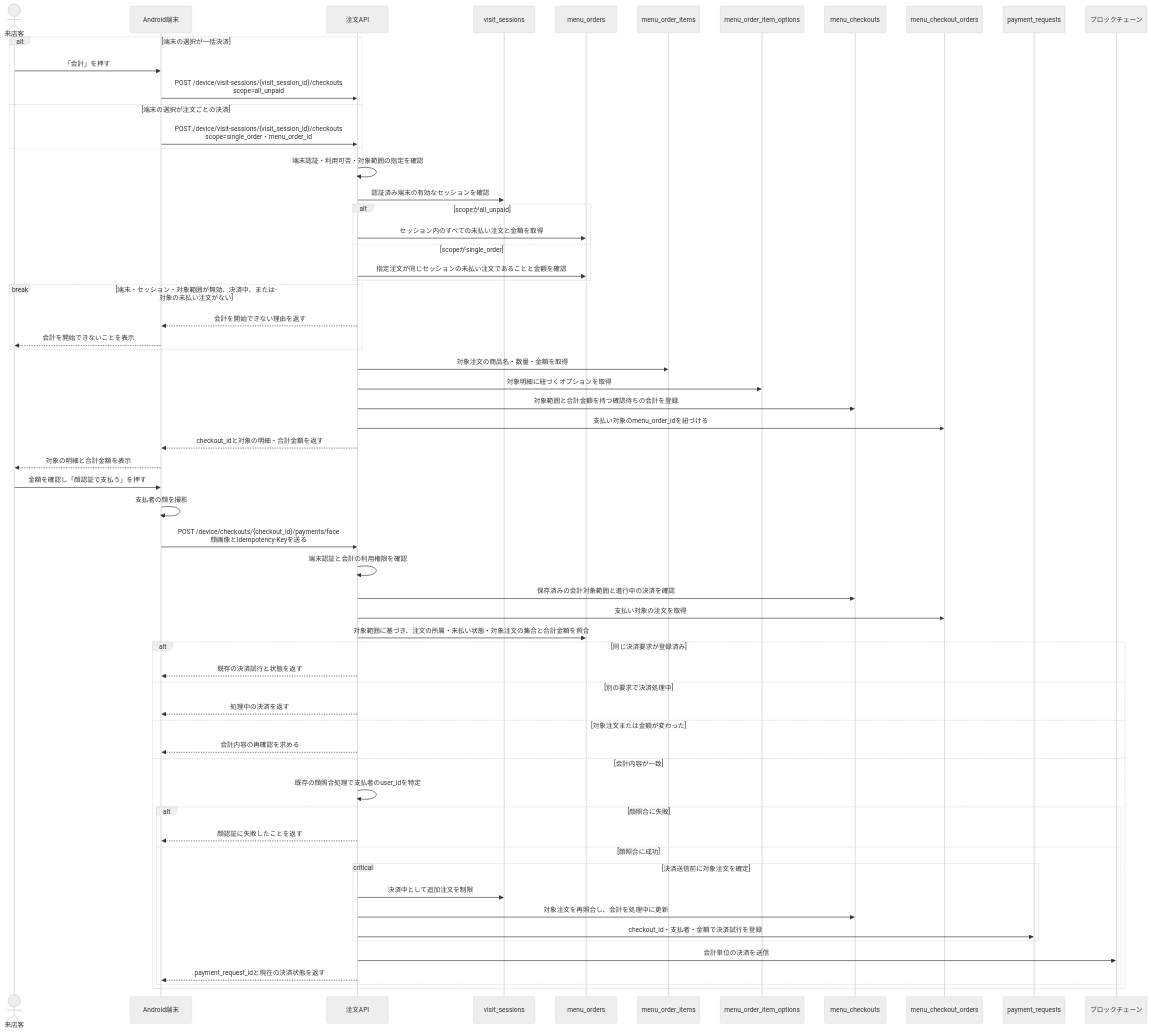
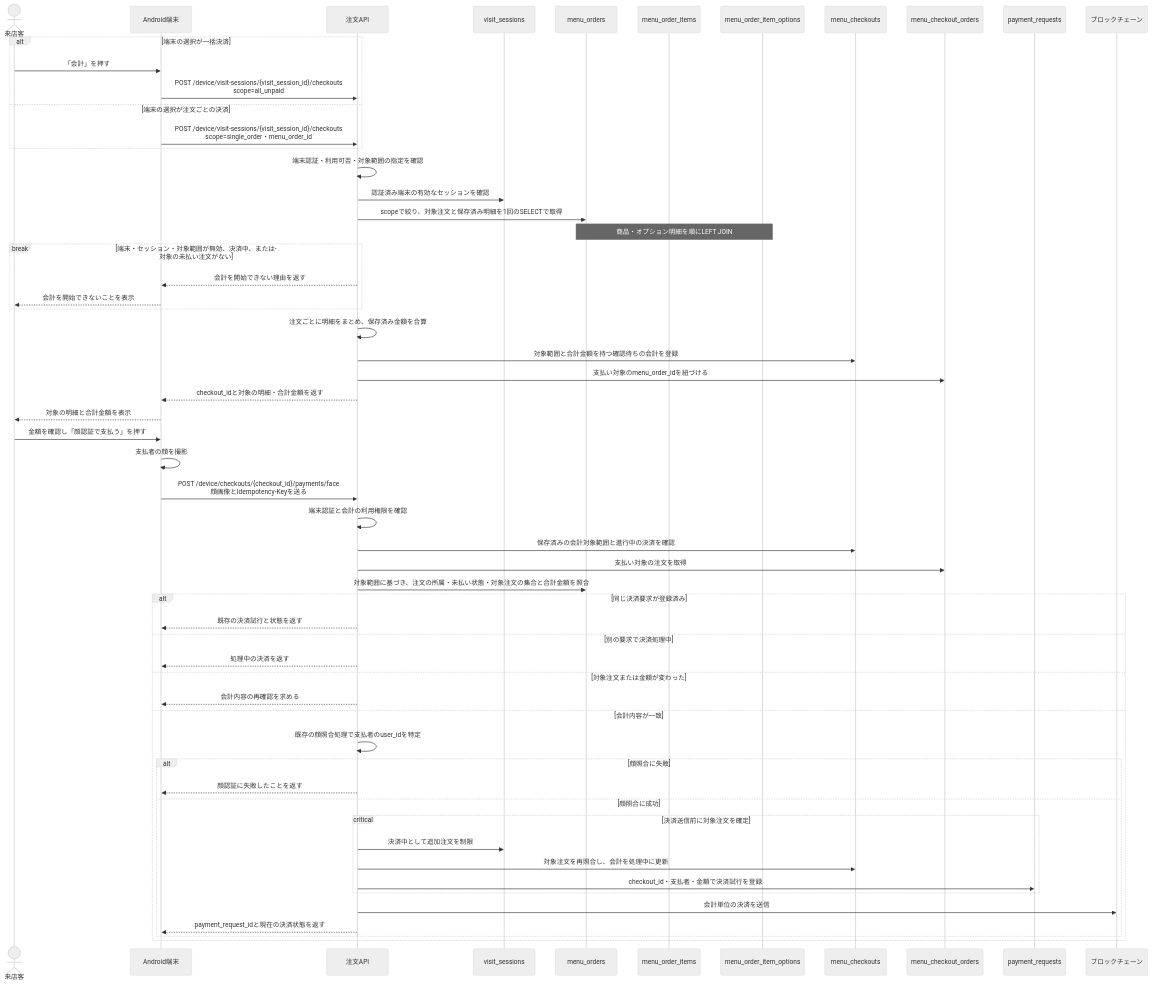
Before and after one commit to terao06/teraid-pay-api: the sixth of 9 diagrams in docs/メニューオーダーフロー.md, drawn with Mermaid (neutral theme). The commit also changed other lines of this file and 33 other files, not shown here.

````diff
--- a/docs/メニューオーダーフロー.md
+++ b/docs/メニューオーダーフロー.md
@@ -294,66 +294,62 @@
 ```mermaid
 sequenceDiagram
     actor Guest as 来店客
     participant Device as Android端末
     participant API as 注文API
     participant Visits as visit_sessions
     participant Orders as menu_orders
     participant OrderItems as menu_order_items
     participant OrderOptions as menu_order_item_options
     participant Checkouts as menu_checkouts
     participant CheckoutOrders as menu_checkout_orders
     participant Payments as payment_requests
     participant Chain as ブロックチェーン
 
     alt 端末の選択が一括決済
         Guest->>Device: 「会計」を押す
         Device->>API: POST /device/visit-sessions/{visit_session_id}/checkouts<br/>scope=all_unpaid
     else 端末の選択が注文ごとの決済
         Device->>API: POST /device/visit-sessions/{visit_session_id}/checkouts<br/>scope=single_order・menu_order_id
     end
     API->>API: 端末認証・利用可否・対象範囲の指定を確認
     API->>Visits: 認証済み端末の有効なセッションを確認
-    alt scopeがall_unpaid
-        API->>Orders: セッション内のすべての未払い注文と金額を取得
-    else scopeがsingle_order
-        API->>Orders: 指定注文が同じセッションの未払い注文であることと金額を確認
-    end
+    API->>Orders: scopeで絞り、対象注文と保存済み明細を1回のSELECTで取得
+    Note over Orders,OrderOptions: 商品・オプション明細を順にLEFT JOIN
     break 端末・セッション・対象範囲が無効、決済中、または対象の未払い注文がない
         API-->>Device: 会計を開始できない理由を返す
         Device-->>Guest: 会計を開始できないことを表示
     end
-    API->>OrderItems: 対象注文の商品名・数量・金額を取得
-    API->>OrderOptions: 対象明細に紐づくオプションを取得
+    API->>API: 注文ごとに明細をまとめ、保存済み金額を合算
     API->>Checkouts: 対象範囲と合計金額を持つ確認待ちの会計を登録
     API->>CheckoutOrders: 支払い対象のmenu_order_idを紐づける
     API-->>Device: checkout_idと対象の明細・合計金額を返す
     Device-->>Guest: 対象の明細と合計金額を表示
 
     Guest->>Device: 金額を確認し「顔認証で支払う」を押す
     Device->>Device: 支払者の顔を撮影
     Device->>API: POST /device/checkouts/{checkout_id}/payments/face<br/>顔画像とIdempotency-Keyを送る
     API->>API: 端末認証と会計の利用権限を確認
     API->>Checkouts: 保存済みの会計対象範囲と進行中の決済を確認
     API->>CheckoutOrders: 支払い対象の注文を取得
     API->>Orders: 対象範囲に基づき、注文の所属・未払い状態・対象注文の集合と合計金額を照合
     alt 同じ決済要求が登録済み
         API-->>Device: 既存の決済試行と状態を返す
     else 別の要求で決済処理中
         API-->>Device: 処理中の決済を返す
     else 対象注文または金額が変わった
         API-->>Device: 会計内容の再確認を求める
     else 会計内容が一致
         API->>API: 既存の顔照合処理で支払者のuser_idを特定
         alt 顔照合に失敗
             API-->>Device: 顔認証に失敗したことを返す
         else 顔照合に成功
             critical 決済送信前に対象注文を確定
                 API->>Visits: 決済中として追加注文を制限
                 API->>Checkouts: 対象注文を再照合し、会計を処理中に更新
                 API->>Payments: checkout_id・支払者・金額で決済試行を登録
             end
             API->>Chain: 会計単位の決済を送信
             API-->>Device: payment_request_idと現在の決済状態を返す
         end
     end
 ```
````
